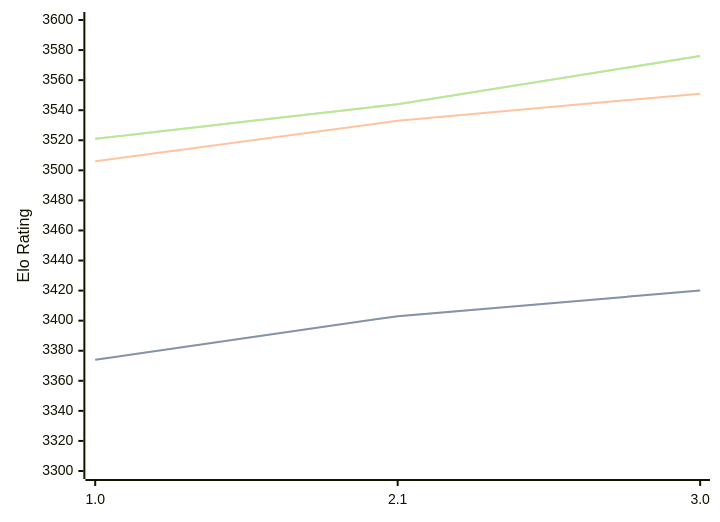
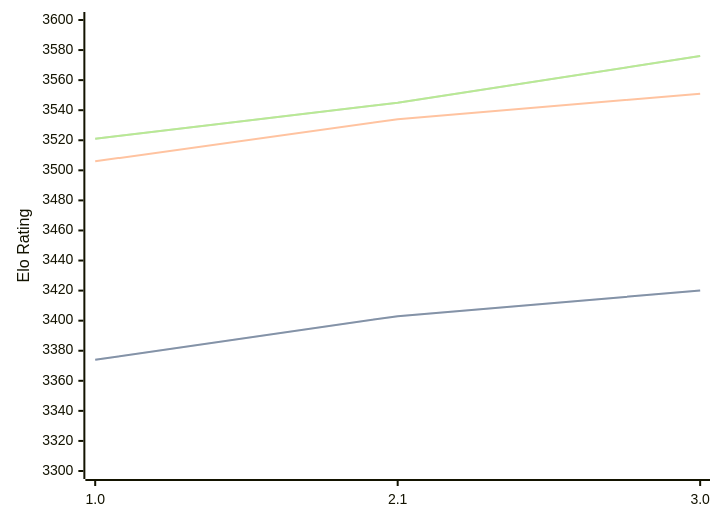
One commit to computer-chess-index/cci changed the diagram in engines/Hobbes.md. Above: the diagram before and after it, drawn with Mermaid. The commit also changed other lines of this file, not shown here.

Commit message:
Update CCI Ratings (ELO VLTC) - 2026-09-02

````diff
--- a/engines/Hobbes.md
+++ b/engines/Hobbes.md
@@ -33,11 +33,11 @@
 ```mermaid
 %%{init: {"theme":"base","themeVariables":{"seriesColors:['#a3a3a3','#222221','#faa371']}}}%%
 xychart-beta
   x-axis ["1.0", "2.1", "3.0"]
   y-axis "Elo Rating" 3300 --> 3600
   line "" [3374, 3403, 3420]
   line "STC (8.0+0.08s)" [3374, 3403, 3420]
-  line "LTC (60.0+0.60s)" [3506, 3533, 3551]
-  line "" [3521, 3544, 3576]
-  line "VLTC (2m24s+1.12s)" [3521, 3544, 3576]
+  line "LTC (60.0+0.60s)" [3506, 3534, 3551]
+  line "" [3521, 3545, 3576]
+  line "VLTC (2m24s+1.12s)" [3521, 3545, 3576]
 ```
````
